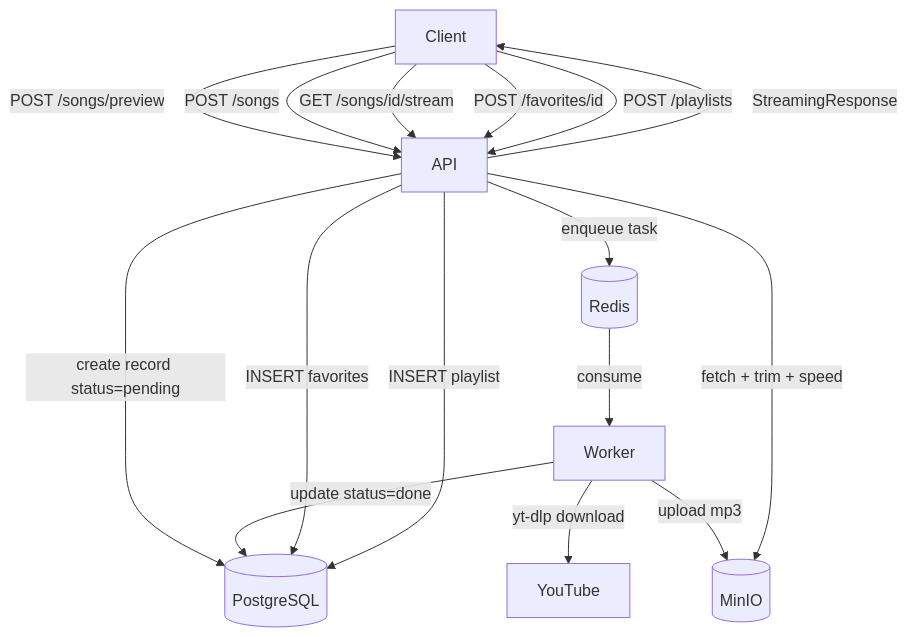
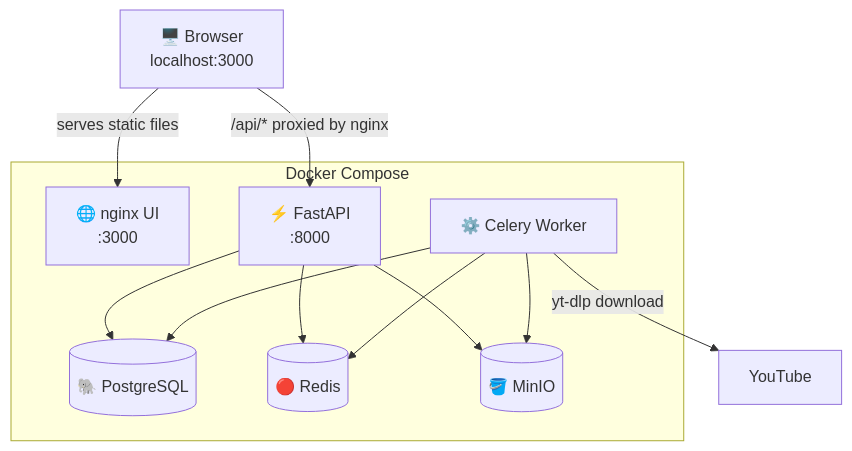
One commit to KarthikUdyawar/melo changed the first of 4 diagrams in README.md. Above: the diagram before and after it, drawn with Mermaid. The commit also changed other lines of this file and 22 other files, not shown here.

````diff
--- a/README.md
+++ b/README.md
@@ -31,18 +33,22 @@
 ```mermaid
 graph TD
-    Client -->|POST /songs/preview| API
-    Client -->|POST /songs| API
-    API -->|create record status=pending| PG[(PostgreSQL)]
-    API -->|enqueue task| Redis[(Redis)]
-    Redis -->|consume| Worker
+    Browser["🖥️ Browser\nlocalhost:3000"] -->|serves static files| UI["🌐 nginx UI\n:3000"]
+    Browser -->|"/api/* proxied by nginx"| API
+
+    subgraph Docker Compose
+        UI
+        API["⚡ FastAPI\n:8000"]
+        Worker["⚙️ Celery Worker"]
+        PG[("🐘 PostgreSQL")]
+        Redis[("🔴 Redis")]
+        MinIO[("🪣 MinIO")]
+    end
+
+    API --> PG
+    API --> Redis
+    API --> MinIO
+    Worker --> PG
+    Worker --> Redis
     Worker -->|yt-dlp download| YT[YouTube]
-    Worker -->|upload mp3| MinIO[(MinIO)]
-    Worker -->|update status=done| PG
-    Client -->|GET /songs/id/stream| API
-    API -->|fetch + trim + speed| MinIO
-    API -->|StreamingResponse| Client
-    Client -->|POST /favorites/id| API
-    API -->|INSERT favorites| PG
-    Client -->|POST /playlists| API
-    API -->|INSERT playlist| PG
+    Worker --> MinIO
 ```
````
